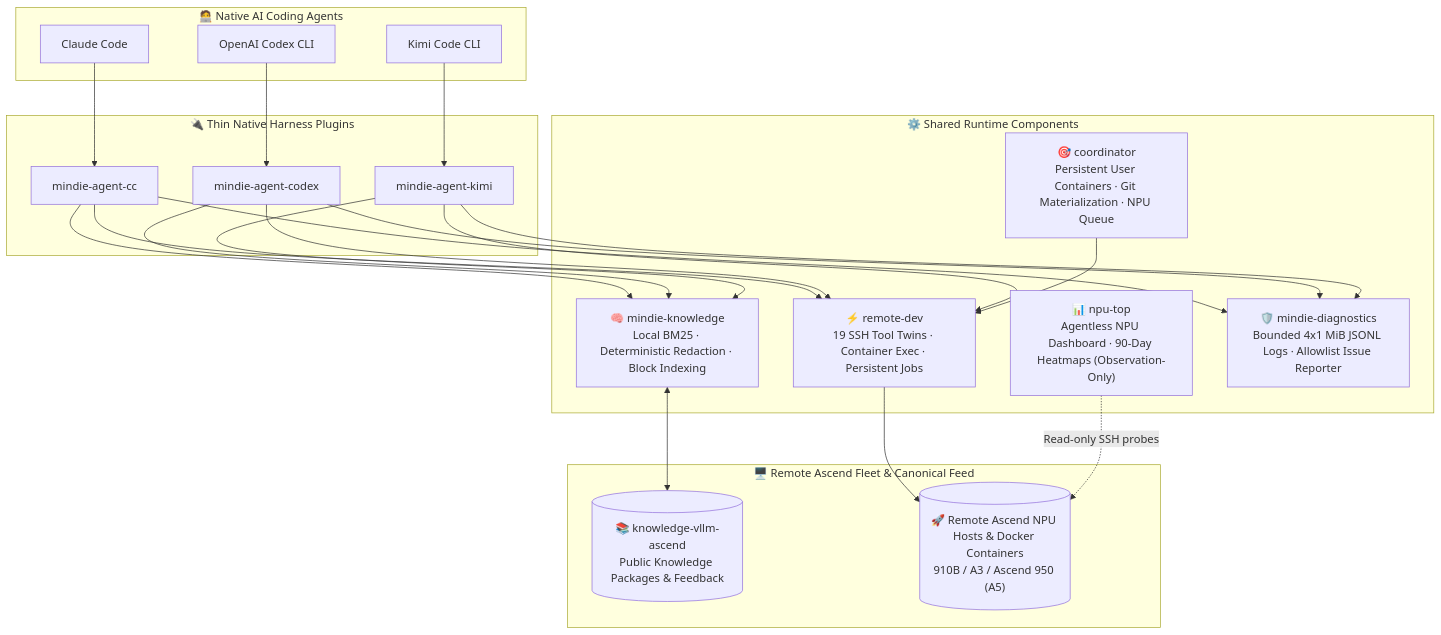
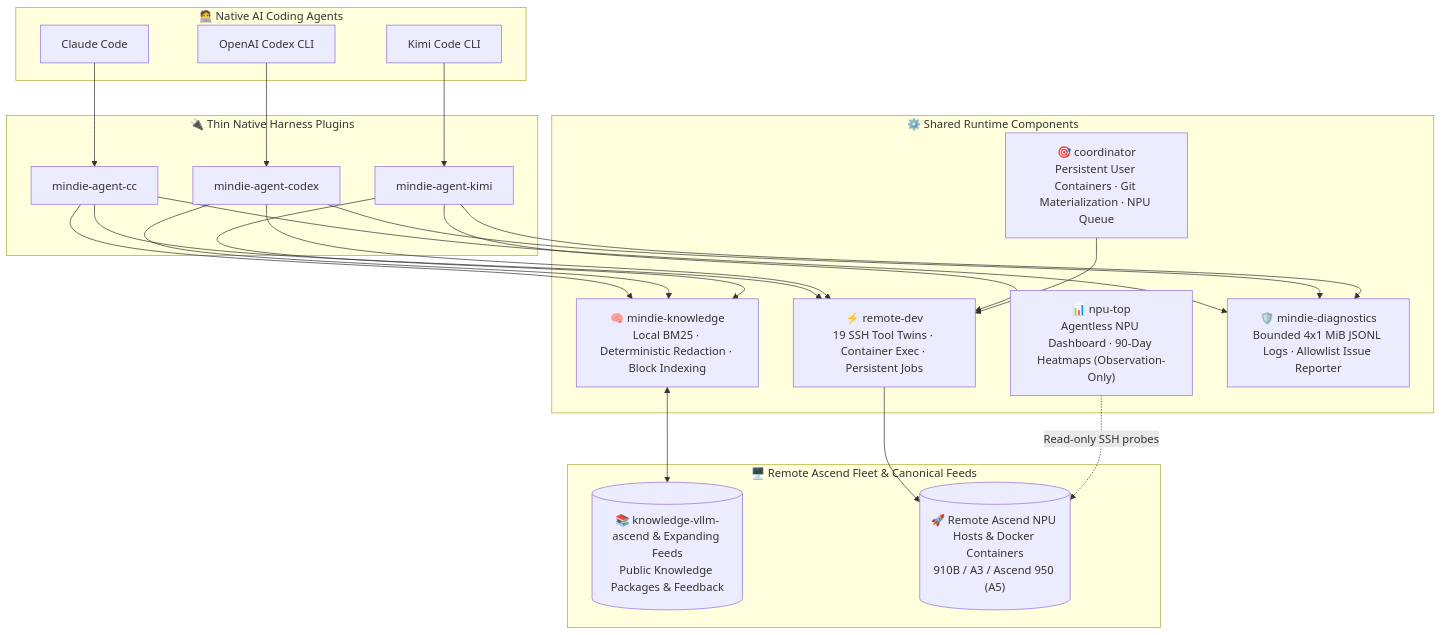
The first of 2 diagrams in README.en.md (Yuli-yx/vllm-ascend-workspace), drawn with Mermaid before and after one commit. The commit also changed other lines of this file and 1 other file, not shown here.

Commit message:
docs: position MindIE Agent as unified Ascend NPU AI Infra agent platform (#230)

````diff
--- a/README.en.md
+++ b/README.en.md
@@ -129,37 +131,37 @@
 ```mermaid
 flowchart TB
   subgraph Clients["🧑‍💻 Native AI Coding Agents"]
     CC["Claude Code"]
     Codex["OpenAI Codex CLI"]
     Kimi["Kimi Code CLI"]
   end
 
   subgraph Adapters["🔌 Thin Native Harness Plugins"]
     P_CC["mindie-agent-cc"]
     P_Codex["mindie-agent-codex"]
     P_Kimi["mindie-agent-kimi"]
   end
 
   subgraph Core["⚙️ Shared Runtime Components"]
     Knowledge["🧠 mindie-knowledge<br/>Local BM25 · Deterministic Redaction · Block Indexing"]
     RemoteDev["⚡ remote-dev<br/>19 SSH Tool Twins · Container Exec · Persistent Jobs"]
     Coord["🎯 coordinator<br/>Persistent User Containers · Git Materialization · NPU Queue"]
     NpuTop["📊 npu-top<br/>Agentless NPU Dashboard · 90-Day Heatmaps (Observation-Only)"]
     Diag["🛡️ mindie-diagnostics<br/>Bounded 4x1 MiB JSONL Logs · Allowlist Issue Reporter"]
   end
 
-  subgraph Remote["🖥️ Remote Ascend Fleet & Canonical Feed"]
-    Feed[("📚 knowledge-vllm-ascend<br/>Public Knowledge Packages & Feedback")]
+  subgraph Remote["🖥️ Remote Ascend Fleet & Canonical Feeds"]
+    Feed[("📚 knowledge-vllm-ascend & Expanding Feeds<br/>Public Knowledge Packages & Feedback")]
     Cluster[("🚀 Remote Ascend NPU Hosts & Docker Containers<br/>910B / A3 / Ascend 950 (A5)")]
   end
 
   CC --> P_CC
   Codex --> P_Codex
   Kimi --> P_Kimi
 
   P_CC & P_Codex & P_Kimi --> Knowledge & RemoteDev & Diag
   Knowledge <--> Feed
   RemoteDev --> Cluster
   Coord --> RemoteDev
   NpuTop -. "Read-only SSH probes" .-> Cluster
 ```
````
